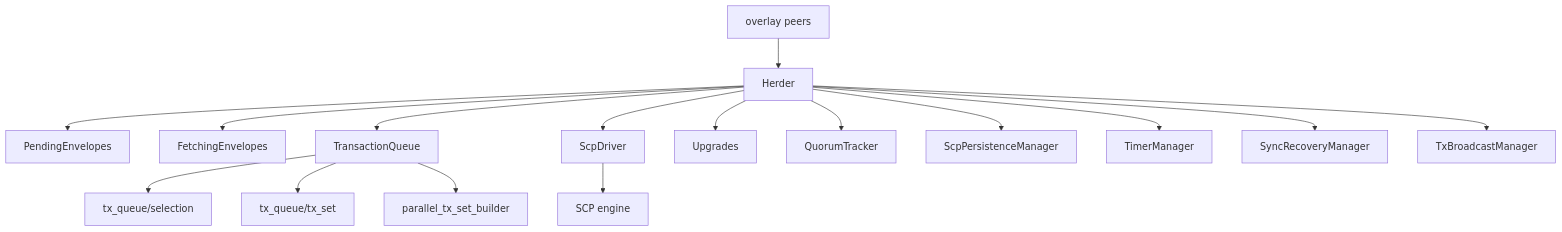
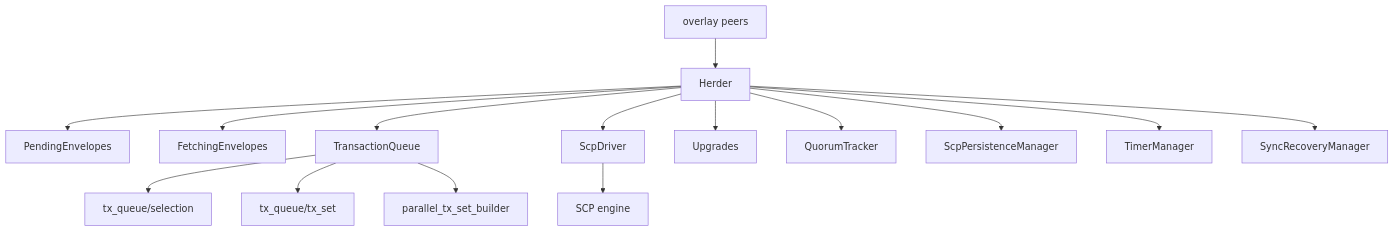
Before and after one commit to tomerweller/henyey: the diagram in crates/herder/README.md, drawn with Mermaid. The commit also changed other lines of this file and 8 other files, not shown here.

````diff
--- a/crates/herder/README.md
+++ b/crates/herder/README.md
@@ -11,18 +11,17 @@
 ```mermaid
 graph TD
     Overlay[overlay peers] --> Herder[Herder]
     Herder --> Pending[PendingEnvelopes]
     Herder --> Fetching[FetchingEnvelopes]
     Herder --> Queue[TransactionQueue]
     Herder --> Driver[ScpDriver]
     Herder --> Upgrades[Upgrades]
     Herder --> Quorum[QuorumTracker]
     Herder --> Persist[ScpPersistenceManager]
     Queue --> Selection[tx_queue/selection]
     Queue --> TxSet[tx_queue/tx_set]
     Queue --> Parallel[parallel_tx_set_builder]
     Driver --> SCP[SCP engine]
     Herder --> Timers[TimerManager]
     Herder --> Recovery[SyncRecoveryManager]
-    Herder --> Broadcast[TxBroadcastManager]
 ```
````
